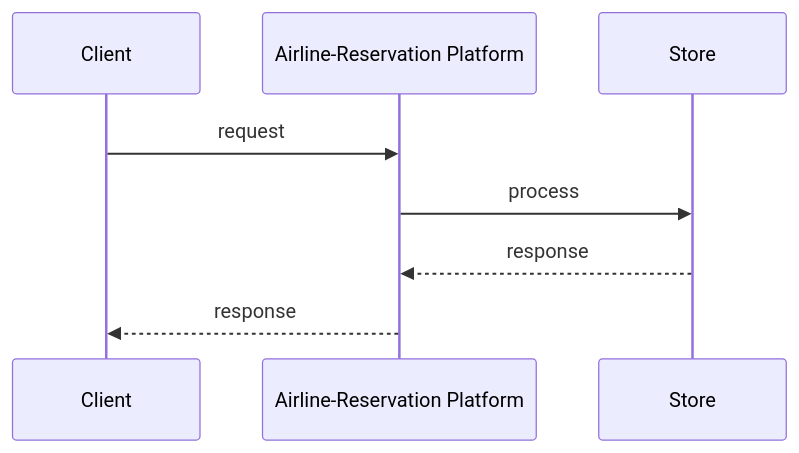
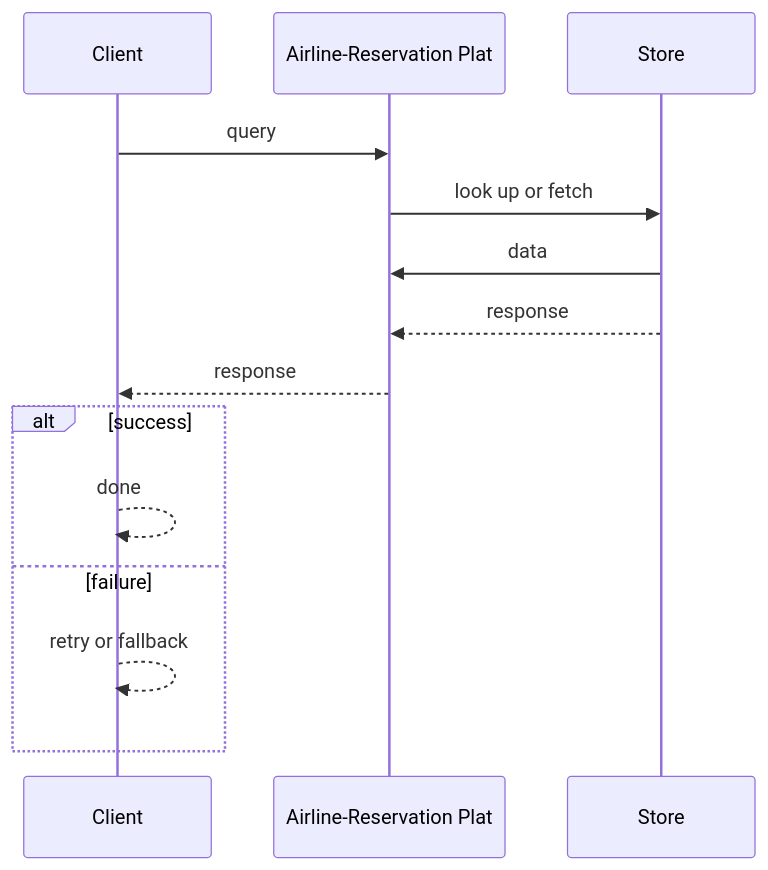
The second of 3 diagrams in case-studies/advanced/airline-reservation.md (RIT-MESH/system-design-mastery), drawn with Mermaid before and after one commit. The commit also changed other lines of this file and 215 other files, not shown here.

First line of the commit message:
Complete all remaining work: expand case studies, add 13 AI case studies, fix diagrams, status to Complete

````diff
--- a/case-studies/advanced/airline-reservation.md
+++ b/case-studies/advanced/airline-reservation.md
@@ -126,11 +153,17 @@
 ```mermaid
 %% created-for: system-design-mastery
 sequenceDiagram
   participant P0 as Client
-  participant P1 as Airline-Reservation Platform
+  participant P1 as Airline-Reservation Plat
   participant P2 as Store
-  P0 ->> P1: request
-  P1 ->> P2: process
+  P0 ->> P1: query
+  P1 ->> P2: look up or fetch
+  P2 ->> P1: data
   P2 -->> P1: response
   P1 -->> P0: response
+  alt success
+    P0 -->> P0: done
+  else failure
+    P0 -->> P0: retry or fallback
+  end
 ```
````
